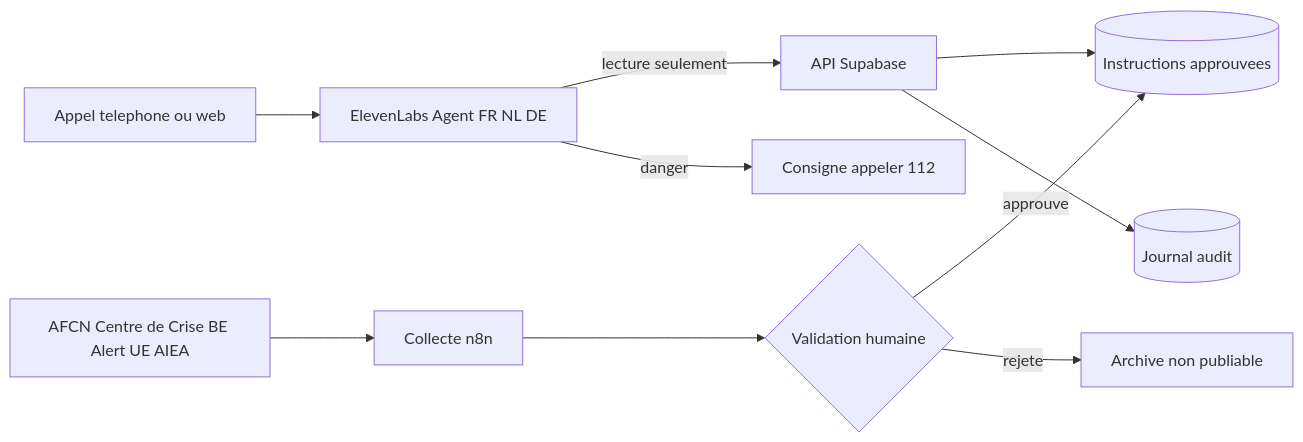
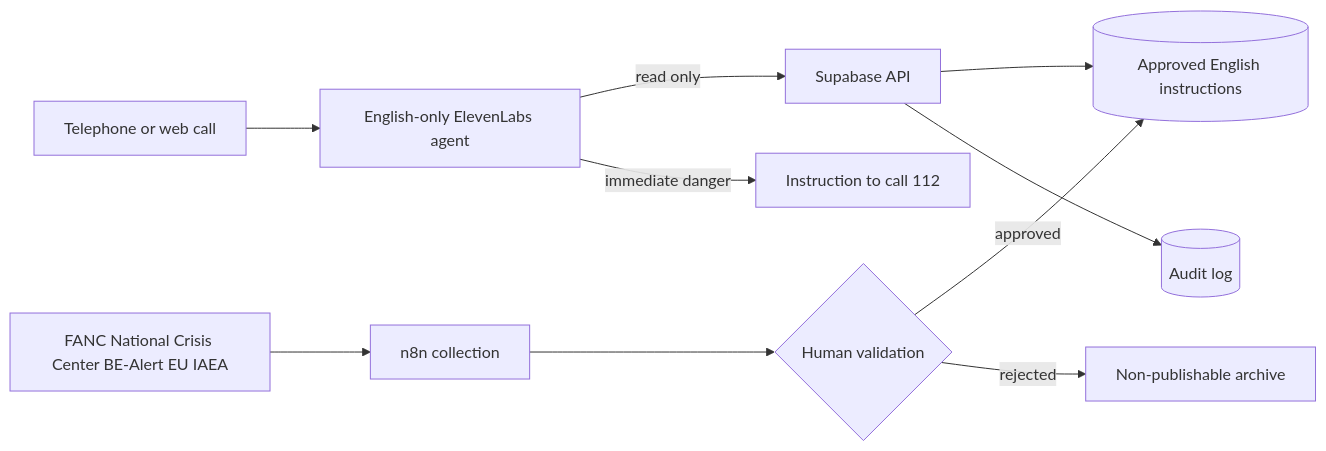
Before and after one commit to Banana-Navy/voicebot-incident-nucleaire: the diagram in docs/architecture.md, drawn with Mermaid. The commit also changed other lines of this file and 16 other files, not shown here.

Commit message:
Convert nuclear voicebot to English only (#5)

````diff
--- a/docs/architecture.md
+++ b/docs/architecture.md
@@ -3,12 +3,12 @@
 ```mermaid
 flowchart LR
-  A[Appel telephone ou web] --> B[ElevenLabs Agent FR NL DE]
-  B -->|lecture seulement| C[API Supabase]
-  C --> D[(Instructions approuvees)]
-  C --> E[(Journal audit)]
-  F[AFCN Centre de Crise BE Alert UE AIEA] --> G[Collecte n8n]
-  G --> H{Validation humaine}
-  H -->|approuve| D
-  H -->|rejete| I[Archive non publiable]
-  B -->|danger| J[Consigne appeler 112]
+  A[Telephone or web call] --> B[English-only ElevenLabs agent]
+  B -->|read only| C[Supabase API]
+  C --> D[(Approved English instructions)]
+  C --> E[(Audit log)]
+  F[FANC National Crisis Center BE-Alert EU IAEA] --> G[n8n collection]
+  G --> H{Human validation}
+  H -->|approved| D
+  H -->|rejected| I[Non-publishable archive]
+  B -->|immediate danger| J[Instruction to call 112]
 ```
````
